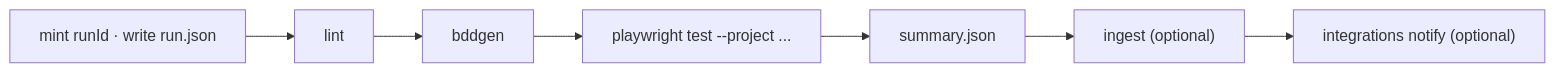
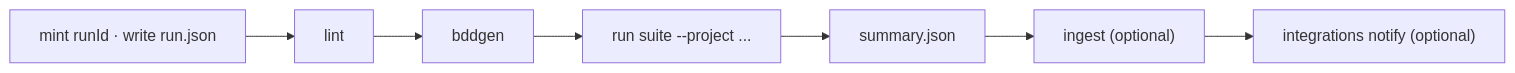
Before and after one commit to YarlisAISolutions/SDODS: the diagram in apps/docs/content/docs/reference/cli-commands/run.mdx, drawn with Mermaid. The commit also changed other lines of this file and 123 other files, not shown here.

First line of the commit message:
Engine-neutral naming: identifiers, paths, schema, docs and CLI

````diff
--- a/apps/docs/content/docs/reference/cli-commands/run.mdx
+++ b/apps/docs/content/docs/reference/cli-commands/run.mdx
@@ -56,4 +56,4 @@
 ```mermaid
 flowchart LR
-  A["mint runId · write run.json"] --> B["lint"] --> C["bddgen"] --> D["playwright test --project ..."] --> E["summary.json"] --> F["ingest (optional)"] --> G["integrations notify (optional)"]
+  A["mint runId · write run.json"] --> B["lint"] --> C["bddgen"] --> D["run suite --project ..."] --> E["summary.json"] --> F["ingest (optional)"] --> G["integrations notify (optional)"]
 ```
````
